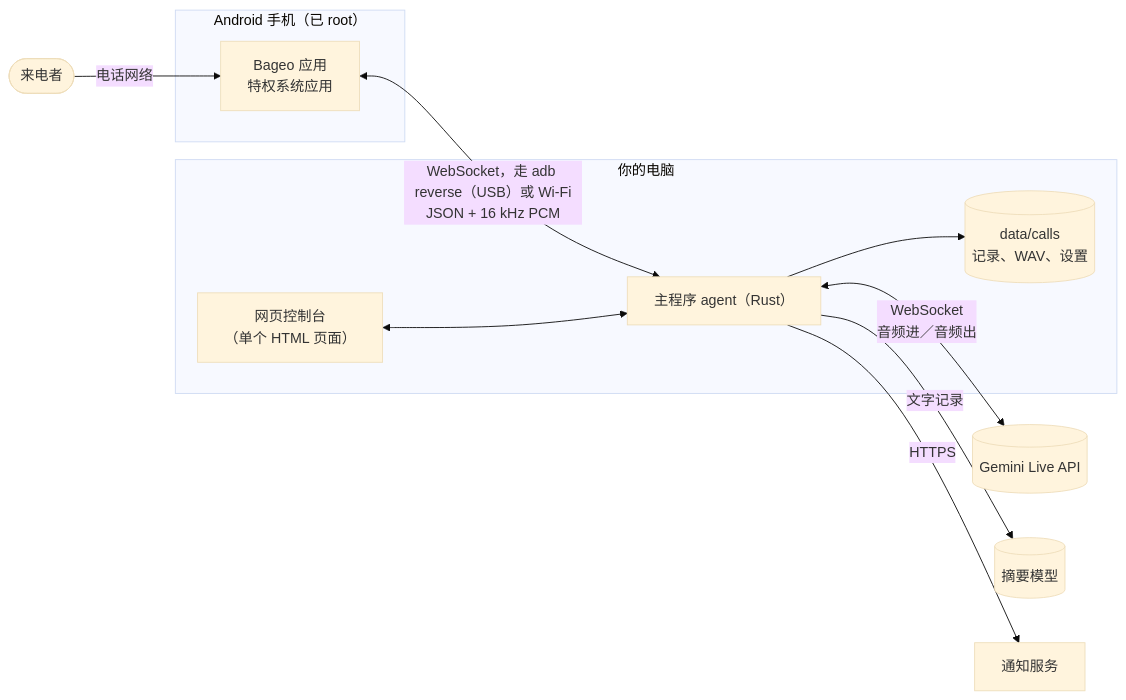
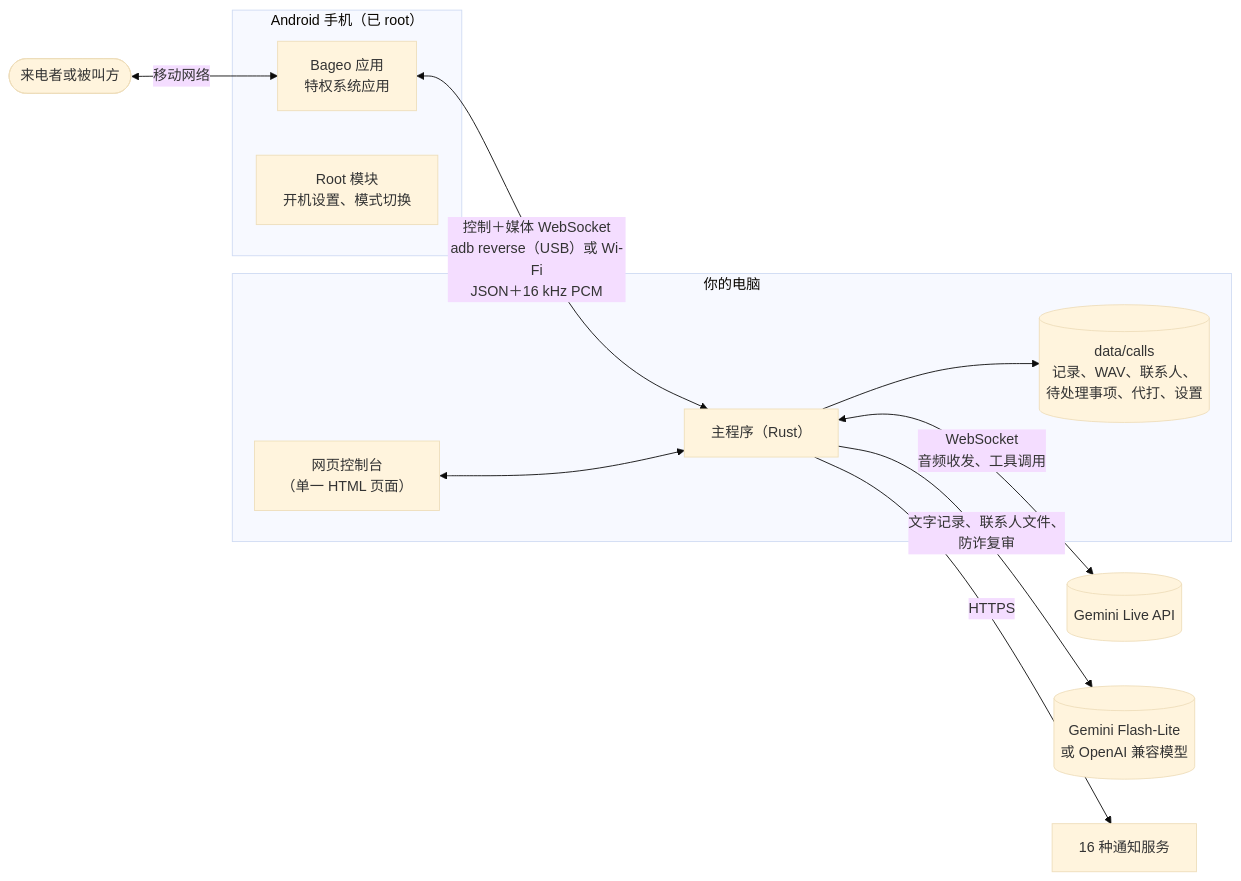
One commit to h4lo-void/bageo-call changed the diagram in docs/zh-CN/ARCHITECTURE.md. Above: the diagram before and after it, drawn with Mermaid (base theme). The commit also changed other lines of this file and 47 other files, not shown here.

````diff
--- a/docs/zh-CN/ARCHITECTURE.md
+++ b/docs/zh-CN/ARCHITECTURE.md
@@ -3,18 +5,19 @@
 ```mermaid
 flowchart LR
     subgraph phone["Android 手机（已 root）"]
         app["Bageo 应用<br/>特权系统应用"]
+        module["Root 模块<br/>开机设置、模式切换"]
     end
     subgraph pc["你的电脑"]
-        agent["主程序 agent（Rust）"]
-        data[("data/calls<br/>记录、WAV、设置")]
-        ui["网页控制台<br/>（单个 HTML 页面）"]
+        agent["主程序（Rust）"]
+        data[("data/calls<br/>记录、WAV、联系人、<br/>待处理事项、代打、设置")]
+        ui["网页控制台<br/>（单一 HTML 页面）"]
     end
-    caller(["来电者"]) -- "电话网络" --> app
-    app <-- "WebSocket，走 adb reverse（USB）或 Wi-Fi<br/>JSON + 16 kHz PCM" --> agent
-    agent <-- "WebSocket<br/>音频进／音频出" --> gemini[(Gemini Live API)]
-    agent -- "文字记录" --> llm[("摘要模型")]
+    other(["来电者或被叫方"]) <-- "移动网络" --> app
+    app <-- "控制＋媒体 WebSocket<br/>adb reverse（USB）或 Wi-Fi<br/>JSON＋16 kHz PCM" --> agent
+    agent <-- "WebSocket<br/>音频收发、工具调用" --> gemini[(Gemini Live API)]
+    agent -- "文字记录、联系人文件、<br/>防诈复审" --> llm[("Gemini Flash-Lite<br/>或 OpenAI 兼容模型")]
     agent --> data
     ui <--> agent
-    agent -- "HTTPS" --> notify["通知服务"]
+    agent -- "HTTPS" --> notify["16 种通知服务"]
 ```
````
